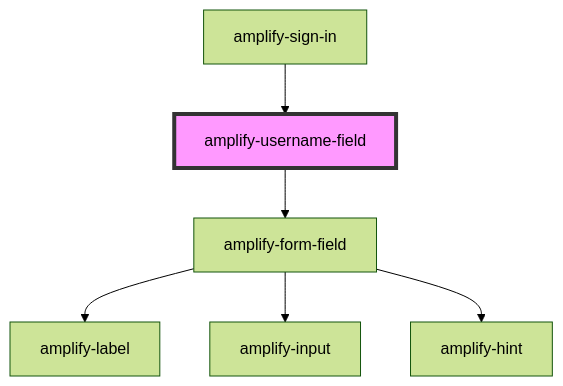
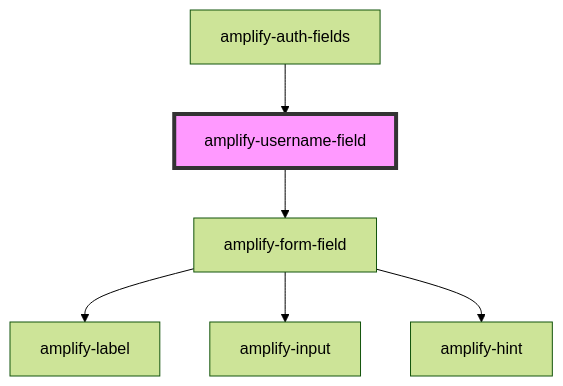
Before and after one commit to aws-amplify/amplify-js: the diagram in packages/amplify-ui-components/src/components/amplify-username-field/readme.md, drawn with Mermaid (forest theme). The commit also changed other lines of this file and 24 other files, not shown here.

````diff
--- a/packages/amplify-ui-components/src/components/amplify-username-field/readme.md
+++ b/packages/amplify-ui-components/src/components/amplify-username-field/readme.md
@@ -28,9 +29,9 @@
 ```mermaid
 graph TD;
   amplify-username-field --> amplify-form-field
   amplify-form-field --> amplify-label
   amplify-form-field --> amplify-input
   amplify-form-field --> amplify-hint
-  amplify-sign-in --> amplify-username-field
+  amplify-auth-fields --> amplify-username-field
   style amplify-username-field fill:#f9f,stroke:#333,stroke-width:4px
 ```
````
